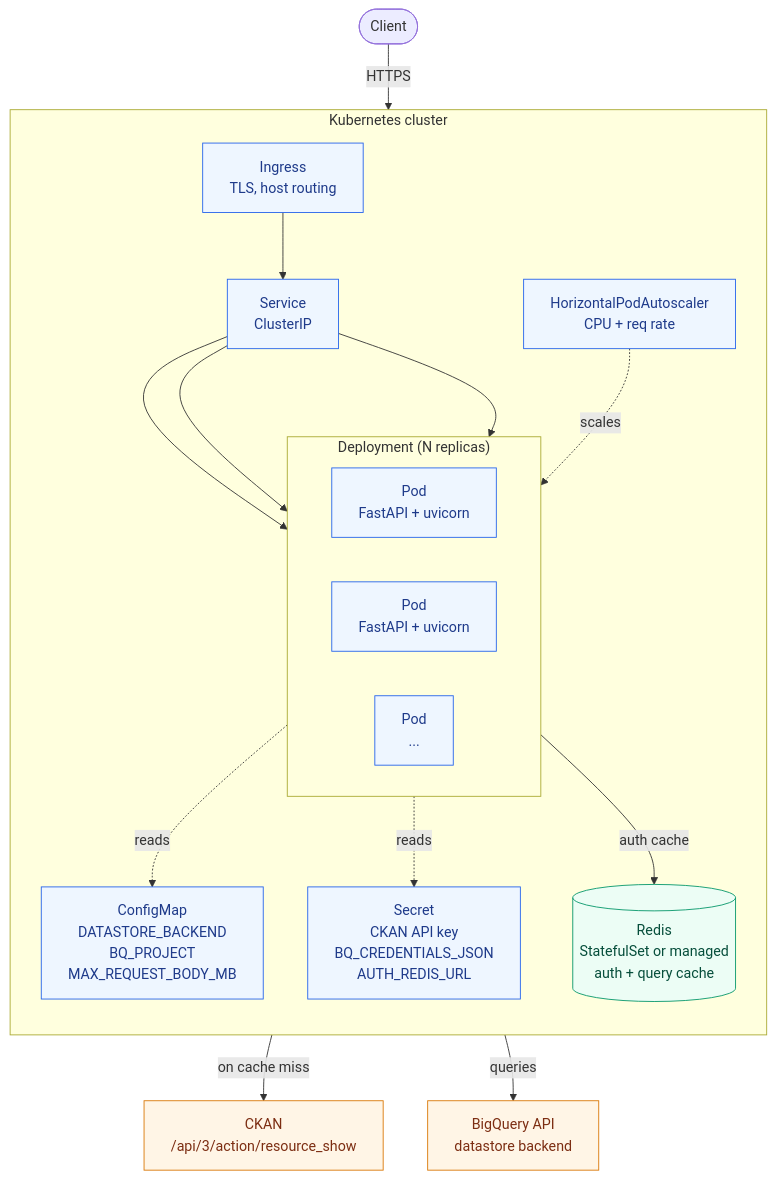
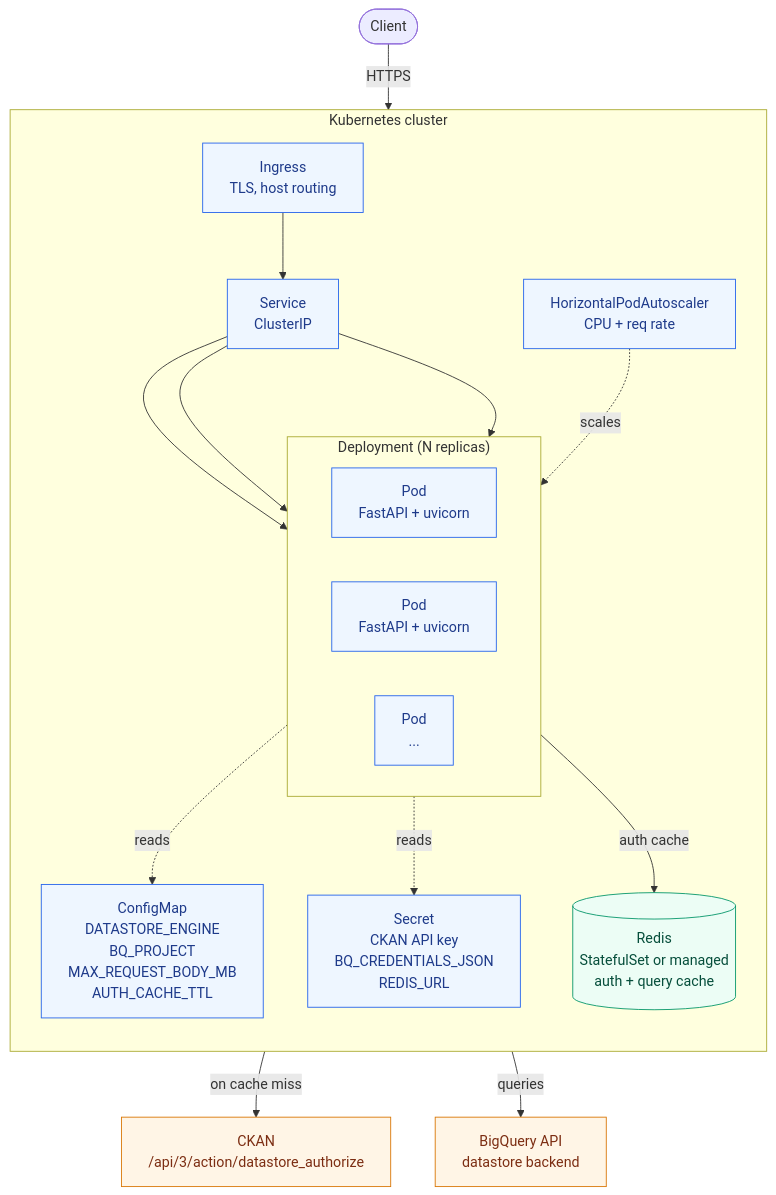
One commit to datopian/datastore changed the first of 2 diagrams in CLAUDE.md. Above: the diagram before and after it, drawn with Mermaid. The commit also changed other lines of this file and 59 other files, not shown here.

````diff
--- a/CLAUDE.md
+++ b/CLAUDE.md
@@ -131,45 +219,45 @@
 ```mermaid
 flowchart TB
     Client([Client])
 
     subgraph K8S["Kubernetes cluster"]
         direction TB
         Ingress["Ingress<br/>TLS, host routing"]
         Service["Service<br/>ClusterIP"]
         HPA["HorizontalPodAutoscaler<br/>CPU + req rate"]
 
         subgraph Deploy["Deployment (N replicas)"]
             direction LR
             Pod1["Pod<br/>FastAPI + uvicorn"]
             Pod2["Pod<br/>FastAPI + uvicorn"]
             PodN["Pod<br/>..."]
         end
 
-        Config["ConfigMap<br/>DATASTORE_BACKEND<br/>BQ_PROJECT<br/>MAX_REQUEST_BODY_MB"]
-        Secret["Secret<br/>CKAN API key<br/>BQ_CREDENTIALS_JSON<br/>AUTH_REDIS_URL"]
+        Config["ConfigMap<br/>DATASTORE_ENGINE<br/>BQ_PROJECT<br/>MAX_REQUEST_BODY_MB<br/>AUTH_CACHE_TTL"]
+        Secret["Secret<br/>CKAN API key<br/>BQ_CREDENTIALS_JSON<br/>REDIS_URL"]
         Redis[("Redis<br/>StatefulSet or managed<br/>auth + query cache")]
     end
 
-    CKAN["CKAN<br/>/api/3/action/resource_show"]
+    CKAN["CKAN<br/>/api/3/action/datastore_authorize"]
     BQ["BigQuery API<br/>datastore backend"]
 
     Client -->|HTTPS| Ingress
     Ingress --> Service
     Service --> Pod1
     Service --> Pod2
     Service --> PodN
     HPA -.scales.-> Deploy
 
     Pod1 -.reads.-> Config
     Pod1 -.reads.-> Secret
     Pod1 -->|auth cache| Redis
     Pod1 -->|on cache miss| CKAN
     Pod1 -->|queries| BQ
 
     classDef ext fill:#fff5e6,stroke:#d97706,color:#7c2d12
     classDef k8s fill:#eef6ff,stroke:#2563eb,color:#1e3a8a
     classDef store fill:#ecfdf5,stroke:#059669,color:#064e3b
     class CKAN,BQ ext
     class Ingress,Service,HPA,Pod1,Pod2,PodN,Config,Secret k8s
     class Redis store
 ```
````
